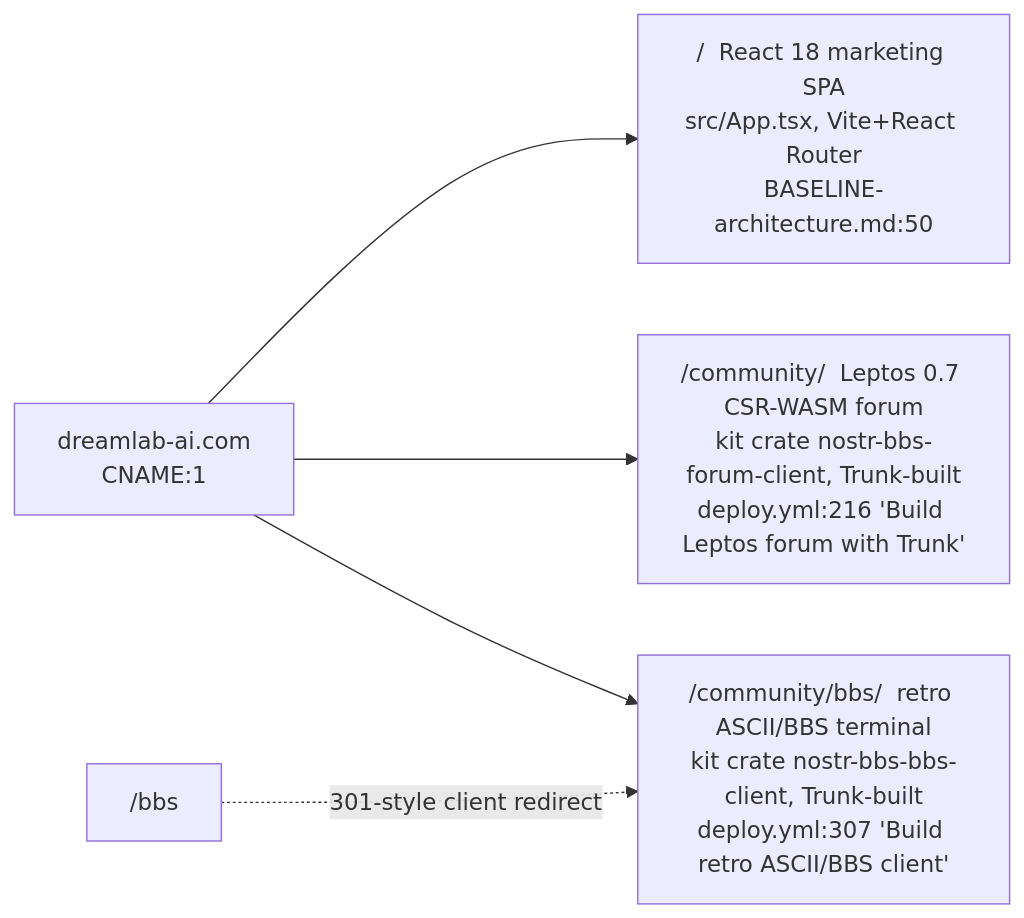
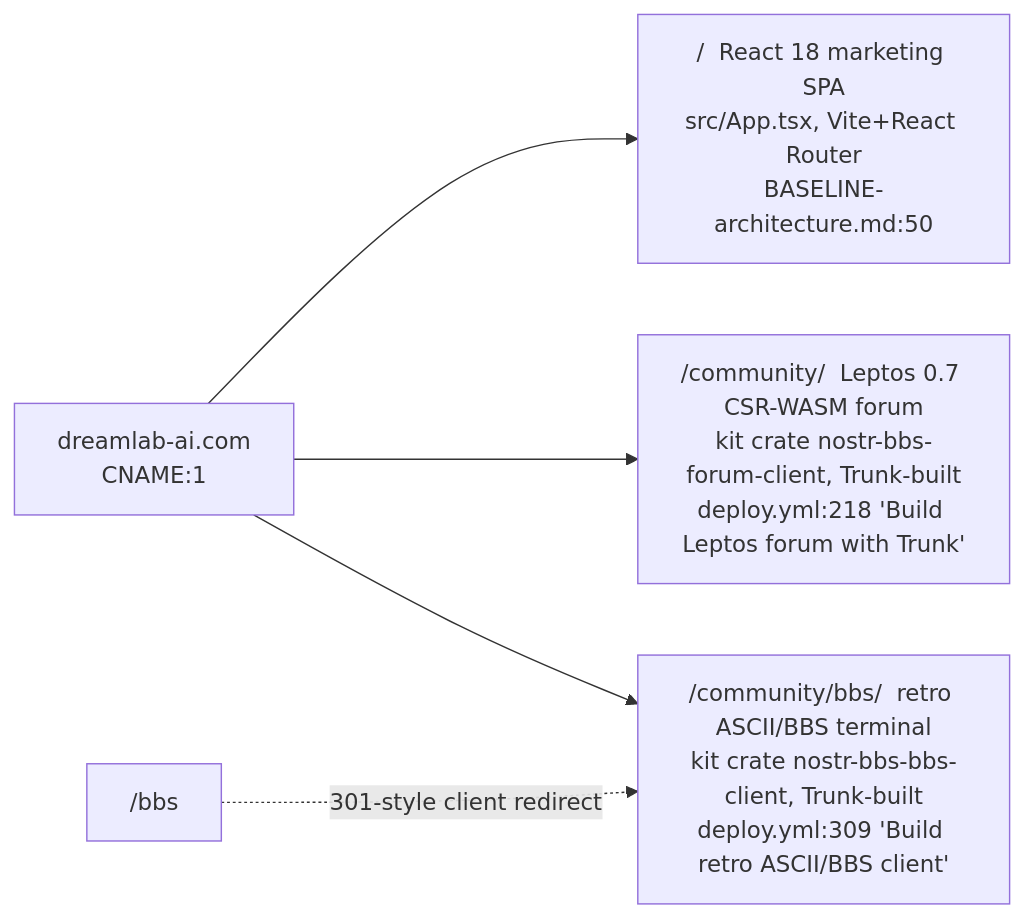
One commit to DreamLab-AI/VisionFlow changed the second of 7 diagrams in docs/diagrams/dreamlab-ai-website/01-repo-composition-and-deploy-topology.md. Above: the diagram before and after it, drawn with Mermaid. The commit also changed other lines of this file and 94 other files, not shown here.

First line of the commit message:
docs(diagrams): re-verify 130 topics against 2 October HEADs

````diff
--- a/docs/diagrams/dreamlab-ai-website/01-repo-composition-and-deploy-topology.md
+++ b/docs/diagrams/dreamlab-ai-website/01-repo-composition-and-deploy-topology.md
@@ -37,7 +37,7 @@
 ```mermaid
 flowchart LR
     ORIGIN["dreamlab-ai.com<br/>CNAME:1"] --> ROOT["/  React 18 marketing SPA<br/>src/App.tsx, Vite+React Router<br/>BASELINE-architecture.md:50"]
-    ORIGIN --> COMM["/community/  Leptos 0.7 CSR-WASM forum<br/>kit crate nostr-bbs-forum-client, Trunk-built<br/>deploy.yml:216 'Build Leptos forum with Trunk'"]
-    ORIGIN --> BBS["/community/bbs/  retro ASCII/BBS terminal<br/>kit crate nostr-bbs-bbs-client, Trunk-built<br/>deploy.yml:307 'Build retro ASCII/BBS client'"]
+    ORIGIN --> COMM["/community/  Leptos 0.7 CSR-WASM forum<br/>kit crate nostr-bbs-forum-client, Trunk-built<br/>deploy.yml:218 'Build Leptos forum with Trunk'"]
+    ORIGIN --> BBS["/community/bbs/  retro ASCII/BBS terminal<br/>kit crate nostr-bbs-bbs-client, Trunk-built<br/>deploy.yml:309 'Build retro ASCII/BBS client'"]
     LEGACY["/bbs"] -. "301-style client redirect" .-> BBS
 ```
````
